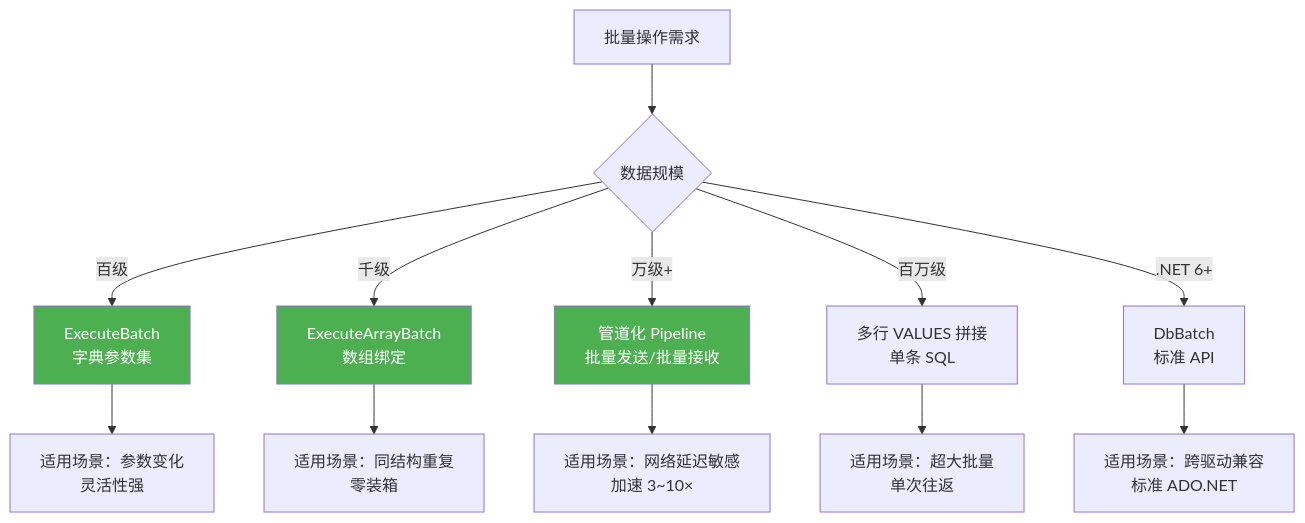
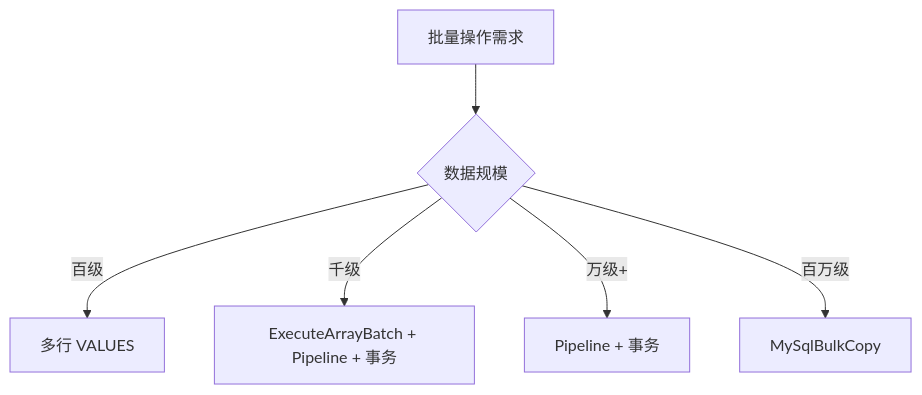
Before and after one commit to NewLifeX/NewLife.MySql: the diagram in Doc/竞品分析报告.md, drawn with Mermaid. The commit also changed other lines of this file and 13 other files, not shown here.

````diff
--- a/Doc/竞品分析报告.md
+++ b/Doc/竞品分析报告.md
@@ -229,19 +236,8 @@
 ```mermaid
 graph TD
     A[批量操作需求] --> B{数据规模}
-    B -->|百级| C[ExecuteBatch<br/>字典参数集]
-    B -->|千级| D[ExecuteArrayBatch<br/>数组绑定]
-    B -->|万级+| E[管道化 Pipeline<br/>批量发送/批量接收]
-    B -->|百万级| F[多行 VALUES 拼接<br/>单条 SQL]
-    B -->|.NET 6+| G[DbBatch<br/>标准 API]
-    
-    C --> H[适用场景：参数变化<br/>灵活性强]
-    D --> I[适用场景：同结构重复<br/>零装箱]
-    E --> J[适用场景：网络延迟敏感<br/>加速 3~10×]
-    F --> K[适用场景：超大批量<br/>单次往返]
-    G --> L[适用场景：跨驱动兼容<br/>标准 ADO.NET]
-    
-    style E fill:#4CAF50,color:#fff
-    style D fill:#4CAF50,color:#fff
-    style C fill:#4CAF50,color:#fff
+    B -->|百级| C[多行 VALUES]
+    B -->|千级| D[ExecuteArrayBatch + Pipeline + 事务]
+    B -->|万级+| E[Pipeline + 事务]
+    B -->|百万级| F[MySqlBulkCopy]
 ```
````
